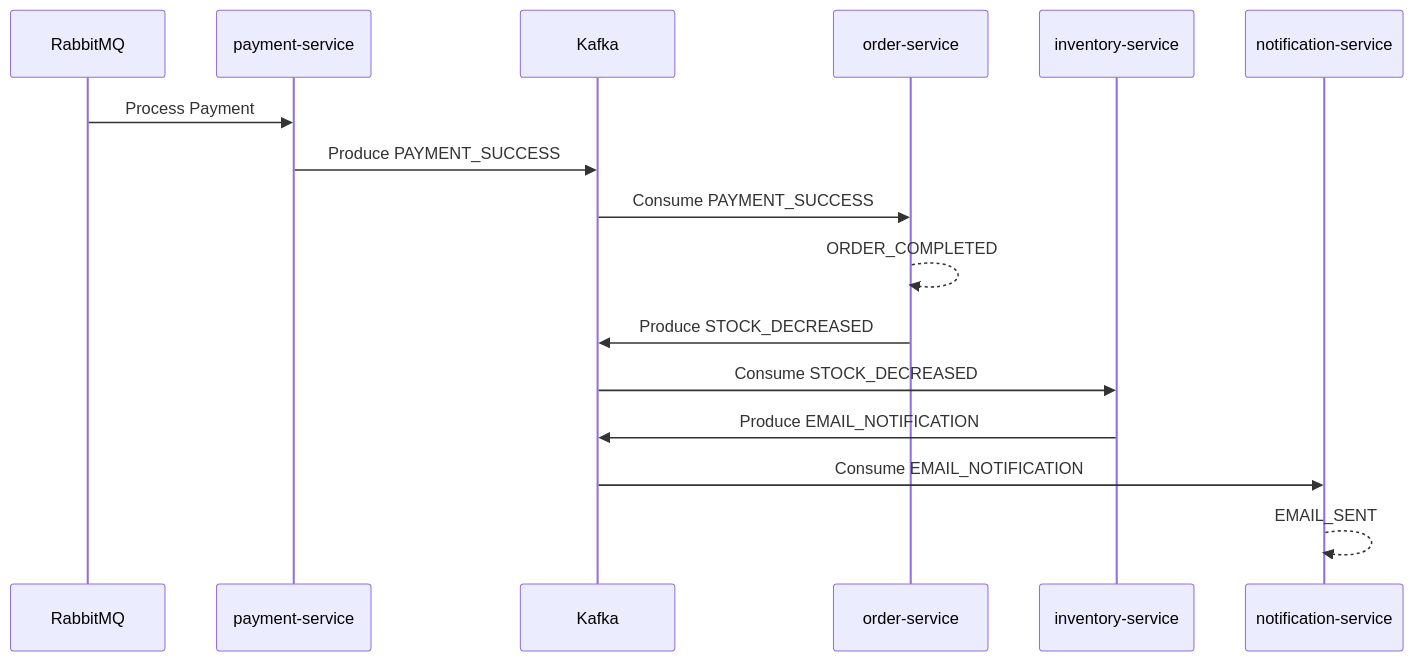
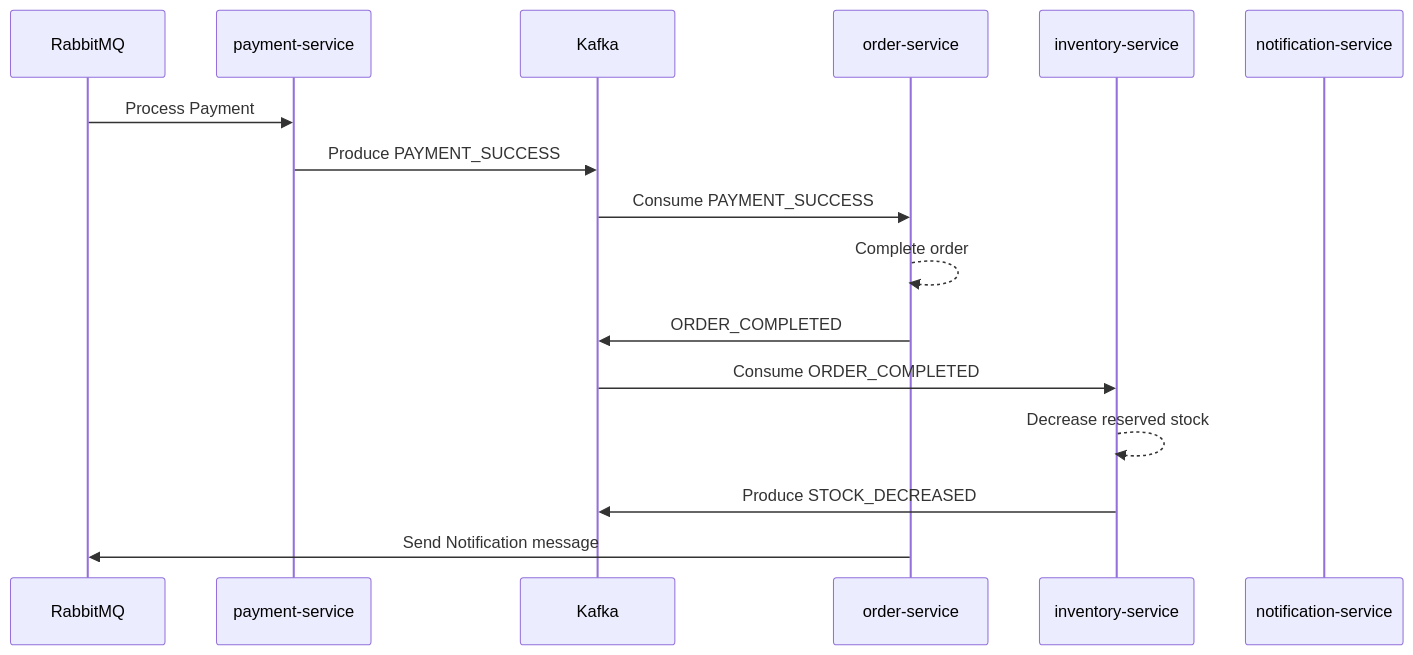
The sixth of 7 diagrams in documents/FLOWS.md (sevketbuyukdemir/microservices), drawn with Mermaid before and after one commit. The commit also changed other lines of this file and 11 other files, not shown here.

````diff
--- a/documents/FLOWS.md
+++ b/documents/FLOWS.md
@@ -101,19 +110,19 @@
 ```mermaid
 sequenceDiagram
     participant MQ as RabbitMQ
     participant PS as payment-service
     participant K as Kafka
     participant OS as order-service
     participant IS as inventory-service
     participant NS as notification-service
 
     MQ->>PS: Process Payment
     PS->>K: Produce PAYMENT_SUCCESS
     K->>OS: Consume PAYMENT_SUCCESS
-    OS-->>OS: ORDER_COMPLETED
-    OS->>K: Produce STOCK_DECREASED
-    K->>IS: Consume STOCK_DECREASED
-    IS->>K: Produce EMAIL_NOTIFICATION
-    K->>NS: Consume EMAIL_NOTIFICATION
-    NS-->>NS: EMAIL_SENT
+    OS-->>OS: Complete order
+    OS->>K: ORDER_COMPLETED
+    K->>IS: Consume ORDER_COMPLETED
+    IS-->>IS: Decrease reserved stock
+    IS->>K: Produce STOCK_DECREASED
+    OS->>MQ: Send Notification message
 ```
````
